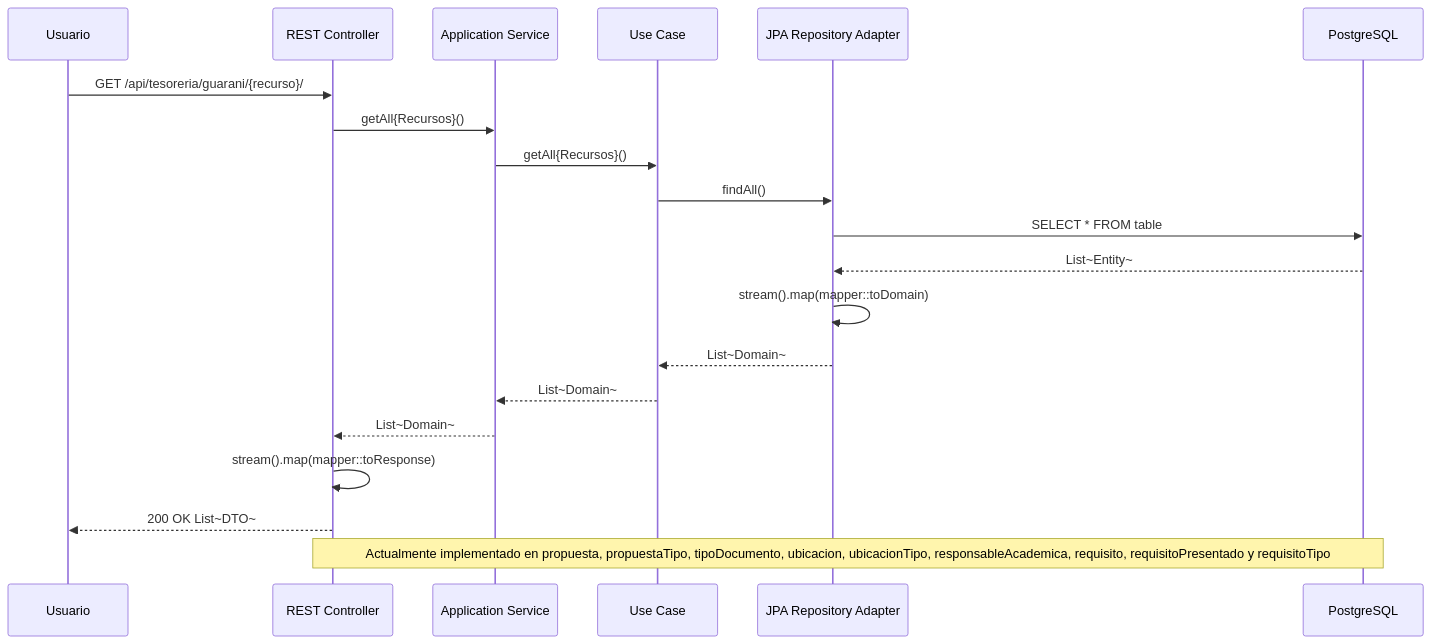
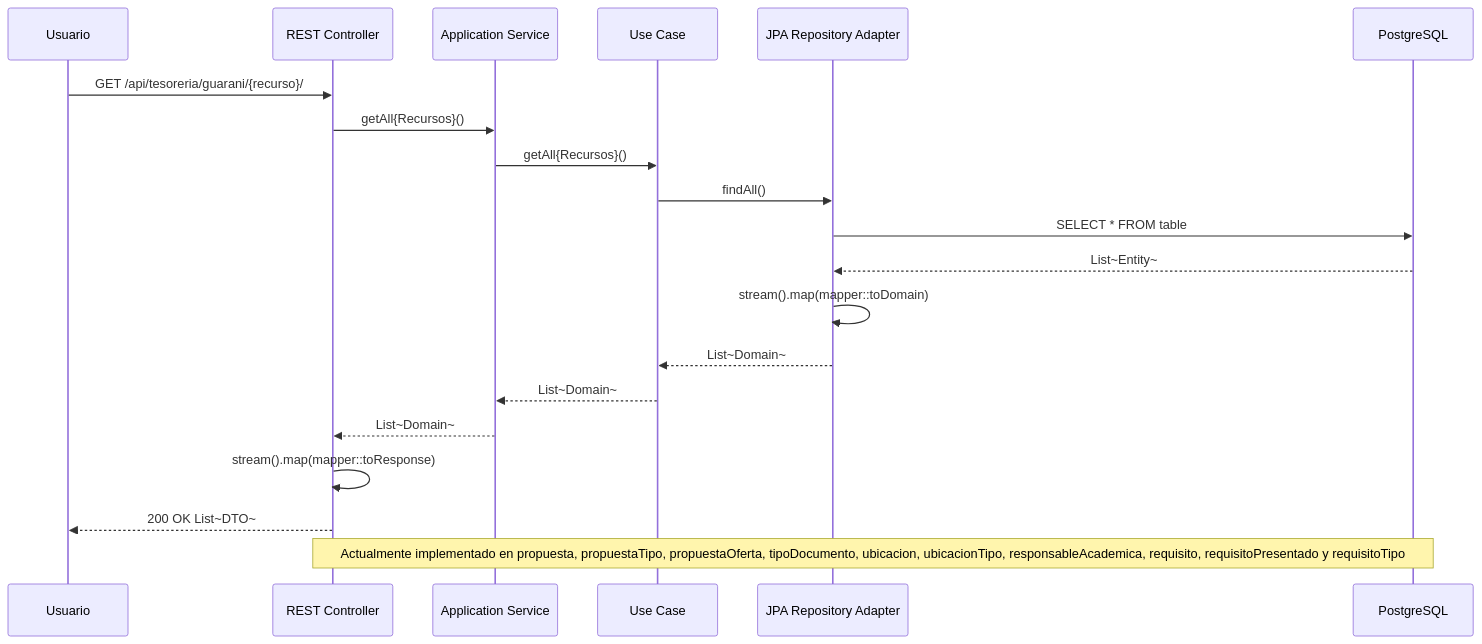
One commit to UM-services/UM.tesoreria.guarani-service changed the fifth of 9 diagrams in README.md. Above: the diagram before and after it, drawn with Mermaid. The commit also changed other lines of this file and 29 other files, not shown here.

````diff
--- a/README.md
+++ b/README.md
@@ -112,23 +112,23 @@
 ```mermaid
 sequenceDiagram
     participant User as Usuario
     participant REST as REST Controller
     participant Service as Application Service
     participant UseCase as Use Case
     participant JPA as JPA Repository Adapter
     participant DB as PostgreSQL
 
     User->>REST: GET /api/tesoreria/guarani/{recurso}/
     REST->>Service: getAll{Recursos}()
     Service->>UseCase: getAll{Recursos}()
     UseCase->>JPA: findAll()
     JPA->>DB: SELECT * FROM table
     DB-->>JPA: List~Entity~
     JPA->>JPA: stream().map(mapper::toDomain)
     JPA-->>UseCase: List~Domain~
     UseCase-->>Service: List~Domain~
     Service-->>REST: List~Domain~
     REST->>REST: stream().map(mapper::toResponse)
     REST-->>User: 200 OK List~DTO~
-    Note over REST,DB: Actualmente implementado en propuesta, propuestaTipo, tipoDocumento, ubicacion, ubicacionTipo, responsableAcademica, requisito, requisitoPresentado y requisitoTipo
+    Note over REST,DB: Actualmente implementado en propuesta, propuestaTipo, propuestaOferta, tipoDocumento, ubicacion, ubicacionTipo, responsableAcademica, requisito, requisitoPresentado y requisitoTipo
 ```
````
